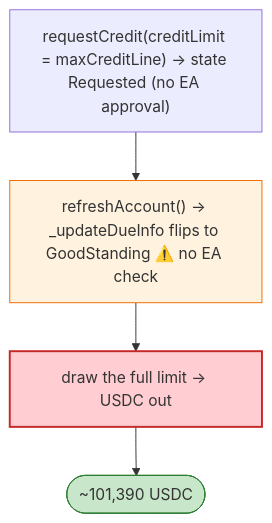
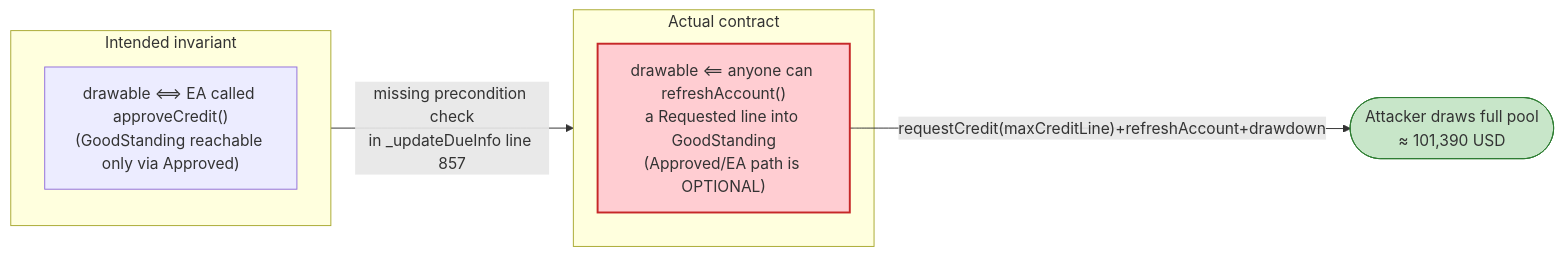
The fourth of 4 diagrams in 2026-05-HumaCreditApprovalBypass_exp/HumaCreditApprovalBypass_exp.md (sanbir/evm-hack-registry), drawn with Mermaid before and after one commit. The commit also changed other lines of this file and 32 other files, not shown here.

````diff
--- a/2026-05-HumaCreditApprovalBypass_exp/HumaCreditApprovalBypass_exp.md
+++ b/2026-05-HumaCreditApprovalBypass_exp/HumaCreditApprovalBypass_exp.md
@@ -42,10 +420,14 @@
 ```mermaid
-flowchart TD
-    R["requestCredit(creditLimit = maxCreditLine) → state Requested (no EA approval)"] --> F["refreshAccount() → _updateDueInfo flips to GoodStanding ⚠️ no EA check"]
-    F --> D["draw the full limit → USDC out"]
-    D --> OUT(["~101,390 USDC"])
+flowchart LR
+    subgraph Intended["Intended invariant"]
+        I["drawable ⟺ EA called approveCredit()<br/>(GoodStanding reachable only via Approved)"]
+    end
+    subgraph Actual["Actual contract"]
+        Ac["drawable ⟸ anyone can refreshAccount()<br/>a Requested line into GoodStanding<br/>(Approved/EA path is OPTIONAL)"]
+    end
+    Intended -->|"missing precondition check<br/>in _updateDueInfo line 857"| Actual
+    Ac -->|"requestCredit(maxCreditLine)+refreshAccount+drawdown"| Drain(["Attacker draws full pool<br/>≈ 101,390 USD"])
 
-    style F fill:#fff3e0,stroke:#ef6c00
-    style D fill:#ffcdd2,stroke:#c62828,stroke-width:2px
-    style OUT fill:#c8e6c9,stroke:#2e7d32
+    style Ac fill:#ffcdd2,stroke:#c62828,stroke-width:2px
+    style Drain fill:#c8e6c9,stroke:#2e7d32
 ```
````
